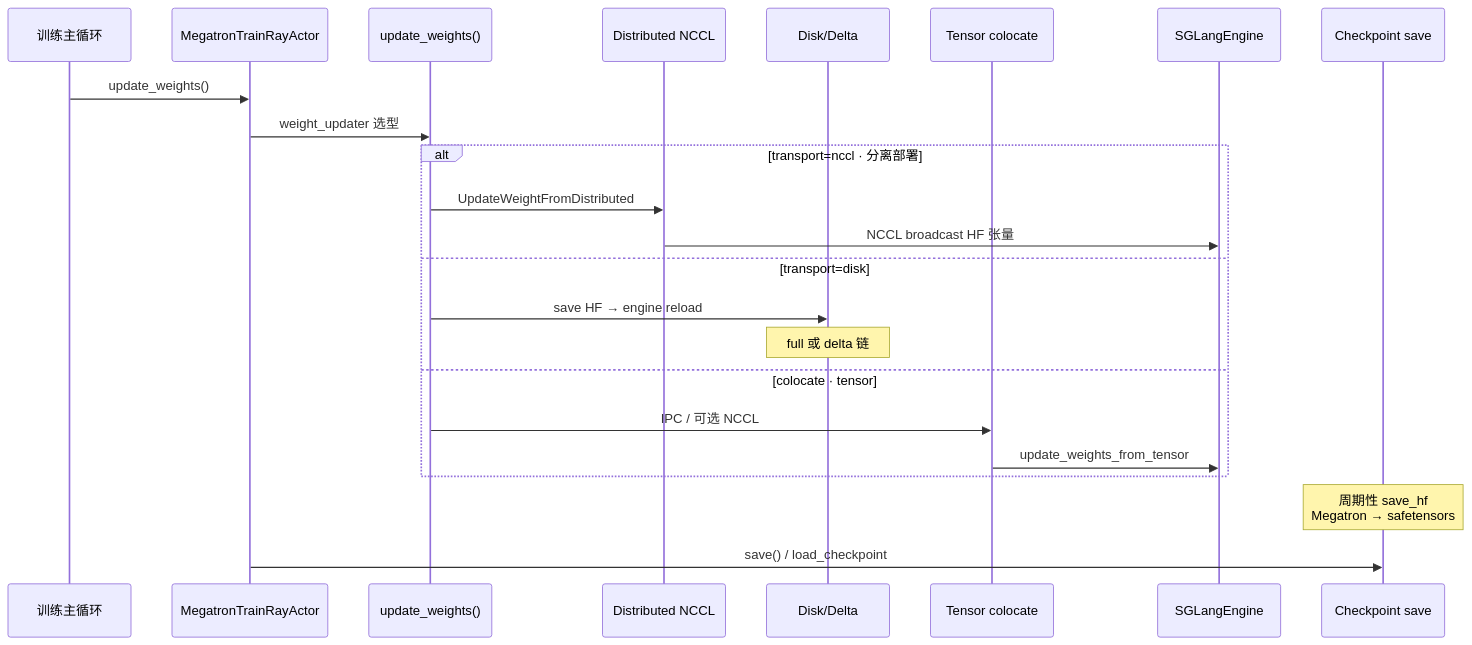
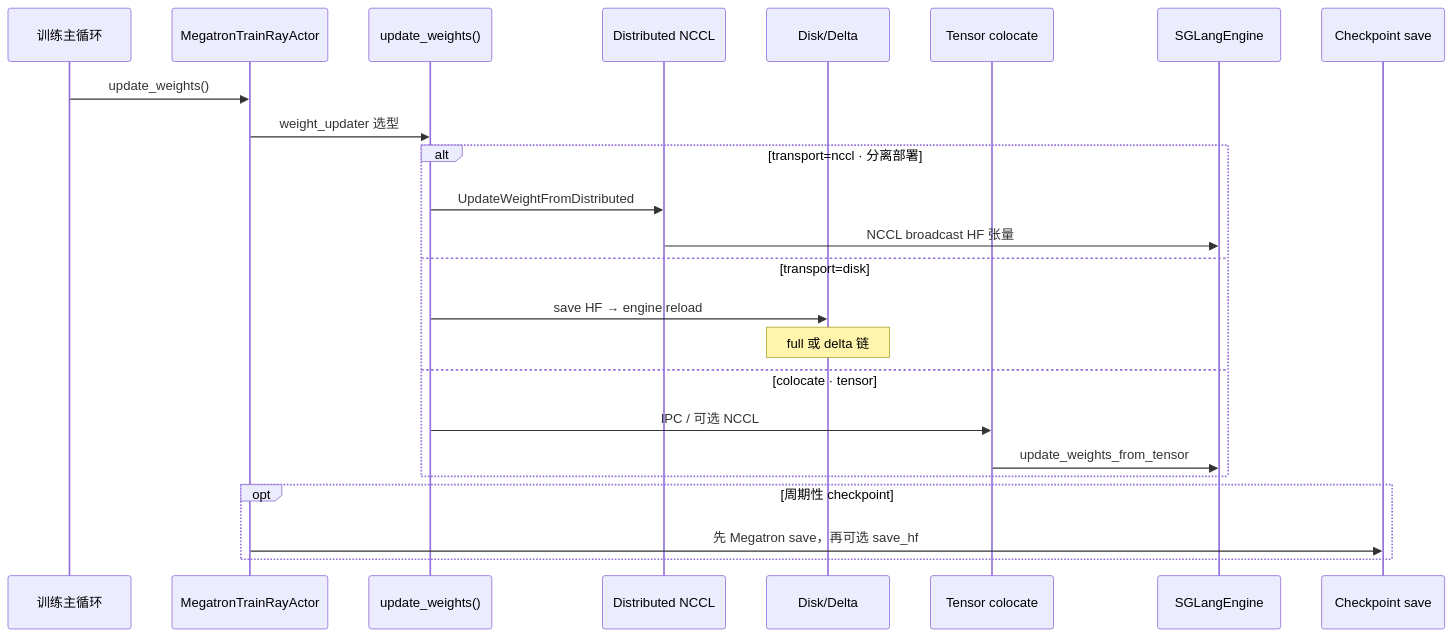
One commit to OnlyHero5/sglang-reading-vault changed the diagram in slime_reading/权重同步/Slime-权重同步.md. Above: the diagram before and after it, drawn with Mermaid. The commit also changed other lines of this file and 512 other files, not shown here.

````diff
--- a/slime_reading/权重同步/Slime-权重同步.md
+++ b/slime_reading/权重同步/Slime-权重同步.md
@@ -40,26 +39,27 @@
 ```mermaid
 sequenceDiagram
  participant TR as 训练主循环
  participant ACT as MegatronTrainRayActor
  participant UW as update_weights()
  participant NCCL as Distributed NCCL
  participant DISK as Disk/Delta
  participant TSR as Tensor colocate
  participant ENG as SGLangEngine
  participant CK as Checkpoint save
 
  TR->>ACT: update_weights()
  ACT->>UW: weight_updater 选型
  alt transport=nccl · 分离部署
  UW->>NCCL: UpdateWeightFromDistributed
  NCCL->>ENG: NCCL broadcast HF 张量
  else transport=disk
  UW->>DISK: save HF → engine reload
  Note over DISK: full 或 delta 链
  else colocate · tensor
  UW->>TSR: IPC / 可选 NCCL
  TSR->>ENG: update_weights_from_tensor
  end
- Note over CK: 周期性 save_hf<br/>Megatron → safetensors
- ACT->>CK: save() / load_checkpoint
+ opt 周期性 checkpoint
+ ACT->>CK: 先 Megatron save，再可选 save_hf
+ end
 ```
````
